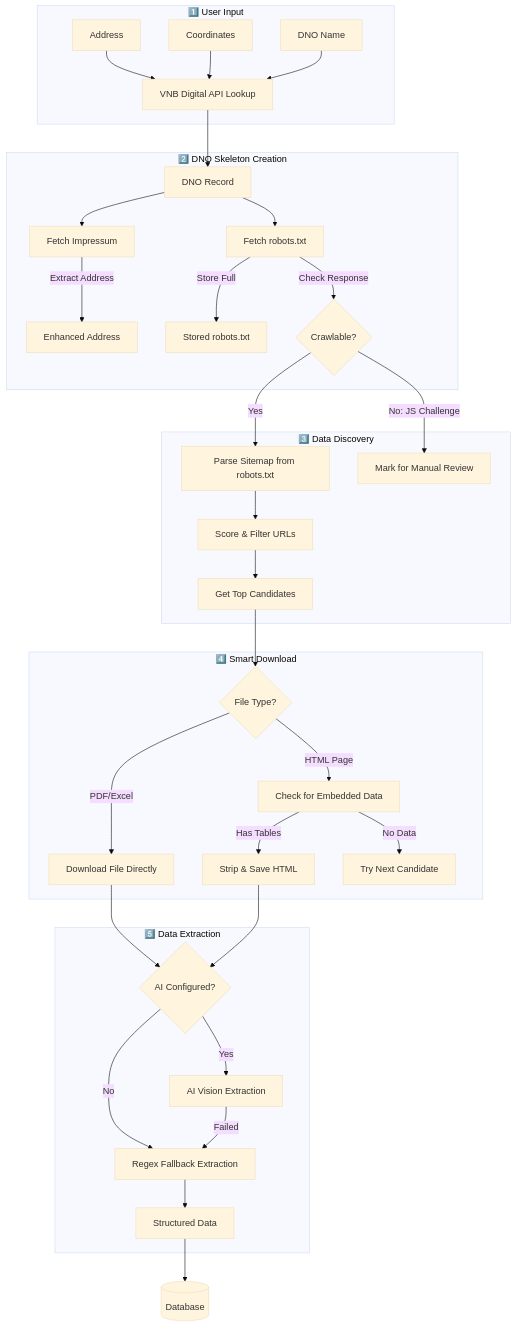
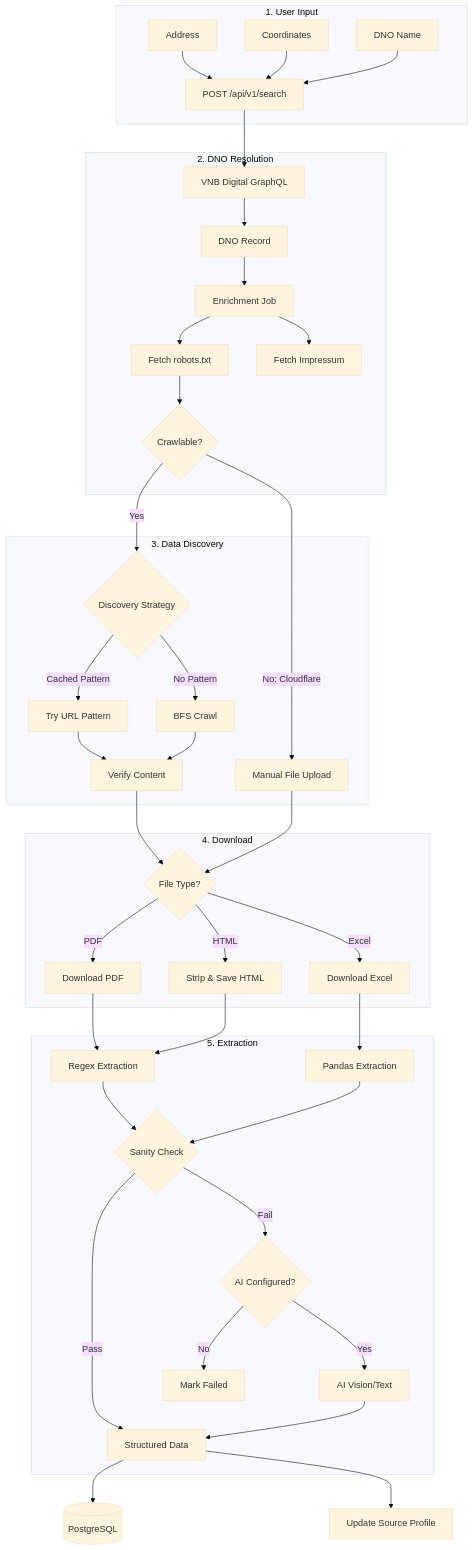
The first of 10 diagrams in backend/docs/FLOWCHART.md (KyleDerZweite/dno-crawler), drawn with Mermaid (base theme) before and after one commit. The commit also changed other lines of this file and 6 other files, not shown here.

````diff
--- a/backend/docs/FLOWCHART.md
+++ b/backend/docs/FLOWCHART.md
@@ -9,43 +9,51 @@
 ```mermaid
 flowchart TB
-    subgraph Input["1️⃣ User Input"]
-        A1[Address] --> VNB
-        A2[Coordinates] --> VNB
-        A3[DNO Name] --> VNB
+    subgraph Input["1. User Input"]
+        A1[Address] --> SEARCH
+        A2[Coordinates] --> SEARCH
+        A3[DNO Name] --> SEARCH
     end
     
-    subgraph Skeleton["2️⃣ DNO Skeleton Creation"]
-        VNB[VNB Digital API Lookup] --> DNO[DNO Record]
-        DNO --> IMP[Fetch Impressum]
-        DNO --> ROB[Fetch robots.txt]
-        IMP --> |"Extract Address"| ADDR[Enhanced Address]
-        ROB --> |"Store Full"| ROBOTS[Stored robots.txt]
-        ROB --> |"Check Response"| CRAWL{Crawlable?}
+    SEARCH[POST /api/v1/search] --> VNB[VNB Digital GraphQL]
+    
+    subgraph Skeleton["2. DNO Resolution"]
+        VNB --> DNO[DNO Record]
+        DNO --> ENRICH[Enrichment Job]
+        ENRICH --> ROB[Fetch robots.txt]
+        ENRICH --> IMP[Fetch Impressum]
+        ROB --> CRAWL{Crawlable?}
     end
     
-    subgraph Discovery["3️⃣ Data Discovery"]
-        CRAWL --> |"Yes"| SITEMAP[Parse Sitemap from robots.txt]
-        CRAWL --> |"No: JS Challenge"| MANUAL[Mark for Manual Review]
-        SITEMAP --> SCORE[Score & Filter URLs]
-        SCORE --> TOP[Get Top Candidates]
+    subgraph Discovery["3. Data Discovery"]
+        CRAWL --> |"Yes"| STRATEGY{Discovery Strategy}
+        CRAWL --> |"No: Cloudflare"| MANUAL[Manual File Upload]
+        STRATEGY --> |"Cached Pattern"| PATTERN[Try URL Pattern]
+        STRATEGY --> |"No Pattern"| BFS[BFS Crawl]
+        PATTERN --> VERIFY[Verify Content]
+        BFS --> VERIFY
     end
     
-    subgraph Download["4️⃣ Smart Download"]
-        TOP --> TYPE{File Type?}
-        TYPE --> |"PDF/Excel"| DL_FILE[Download File Directly]
-        TYPE --> |"HTML Page"| CHECK_HTML[Check for Embedded Data]
-        CHECK_HTML --> |"Has Tables"| STRIP[Strip & Save HTML]
-        CHECK_HTML --> |"No Data"| NEXT[Try Next Candidate]
+    subgraph Download["4. Download"]
+        VERIFY --> TYPE{File Type?}
+        MANUAL --> TYPE
+        TYPE --> |"PDF"| DL_PDF[Download PDF]
+        TYPE --> |"HTML"| DL_HTML[Strip & Save HTML]
+        TYPE --> |"Excel"| DL_EXCEL[Download Excel]
     end
     
-    subgraph Extract["5️⃣ Data Extraction"]
-        DL_FILE --> AI{AI Configured?}
-        STRIP --> AI
-        AI --> |"Yes"| AI_EXT[AI Vision Extraction]
-        AI --> |"No"| REGEX[Regex Fallback Extraction]
-        AI_EXT --> |"Failed"| REGEX
-        REGEX --> DATA[Structured Data]
+    subgraph Extract["5. Extraction"]
+        DL_PDF --> REGEX[Regex Extraction]
+        DL_HTML --> REGEX
+        DL_EXCEL --> PANDAS[Pandas Extraction]
+        REGEX --> SANITY{Sanity Check}
+        PANDAS --> SANITY
+        SANITY --> |"Pass"| DATA[Structured Data]
+        SANITY --> |"Fail"| AI{AI Configured?}
+        AI --> |"Yes"| AI_EXT[AI Vision/Text]
+        AI --> |"No"| FAIL[Mark Failed]
+        AI_EXT --> DATA
     end
     
-    DATA --> DB[(Database)]
+    DATA --> DB[(PostgreSQL)]
+    DATA --> PROFILE[Update Source Profile]
 ```
````
